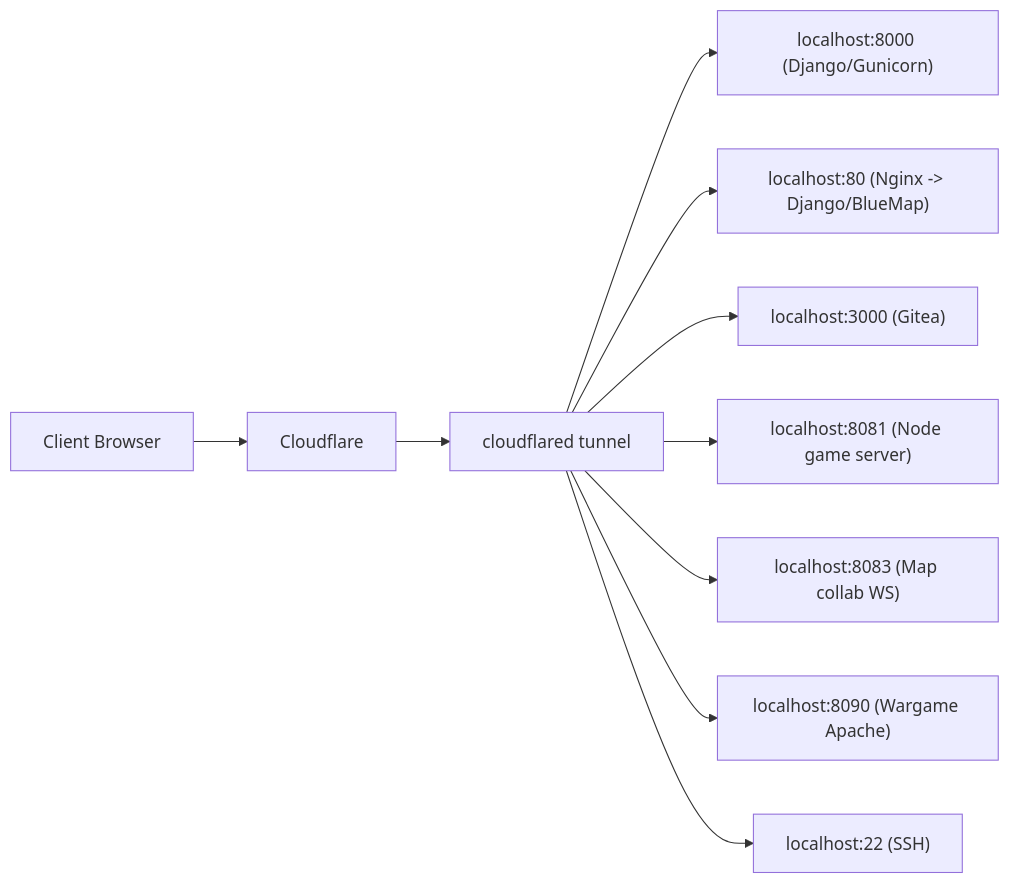
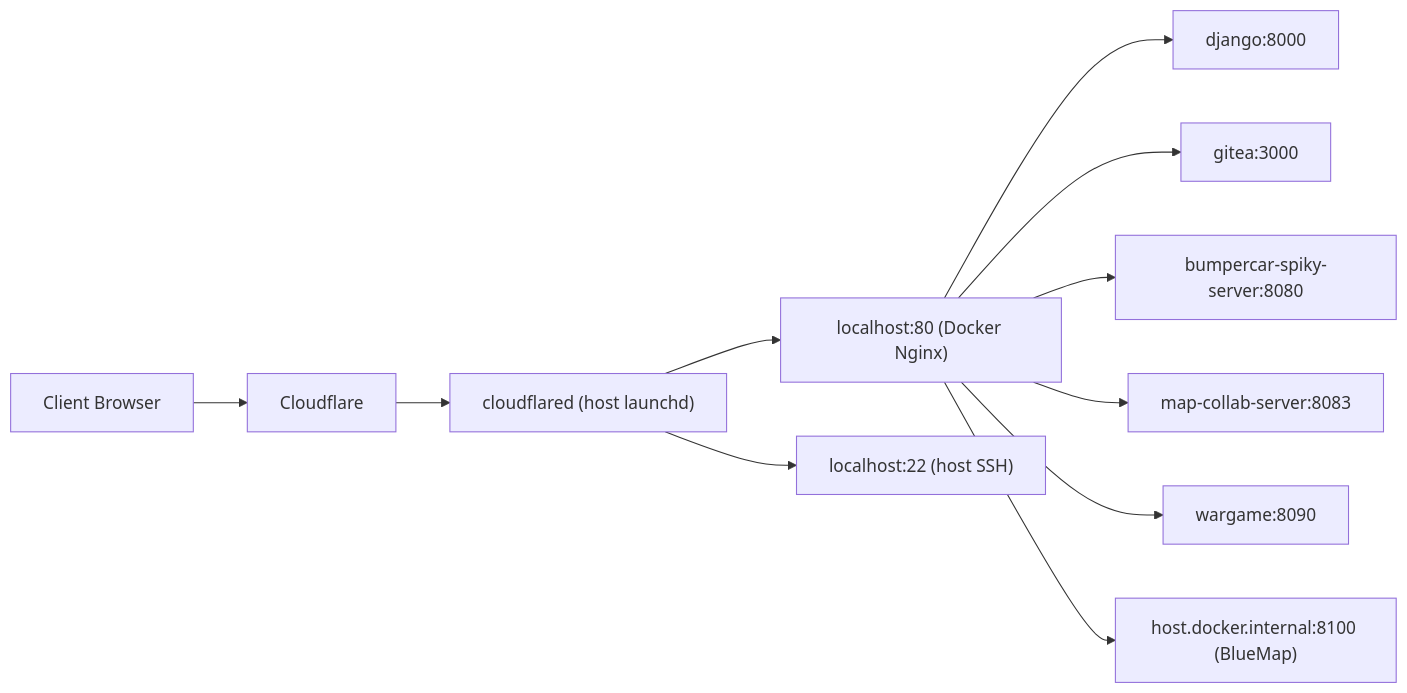
The first of 2 diagrams in README.md (Adihang/Hanplanet), drawn with Mermaid before and after one commit. The commit also changed other lines of this file and 50 other files, not shown here.

Commit message:
Refactor app flows and update UI state handling

````diff
--- a/README.md
+++ b/README.md
@@ -43,12 +43,13 @@
 ```mermaid
 flowchart LR
   U["Client Browser"] --> CF["Cloudflare"]
-  CF --> T["cloudflared tunnel"]
-  T --> WWW["localhost:8000 (Django/Gunicorn)"]
-  T --> MC["localhost:80 (Nginx -> Django/BlueMap)"]
-  T --> GIT["localhost:3000 (Gitea)"]
-  T --> GAME["localhost:8081 (Node game server)"]
-  T --> MAP["localhost:8083 (Map collab WS)"]
-  T --> WG["localhost:8090 (Wargame Apache)"]
-  T --> SSH["localhost:22 (SSH)"]
+  CF --> T["cloudflared (host launchd)"]
+  T --> N["localhost:80 (Docker Nginx)"]
+  T --> SSH["localhost:22 (host SSH)"]
+  N --> Django["django:8000"]
+  N --> Gitea["gitea:3000"]
+  N --> Game["bumpercar-spiky-server:8080"]
+  N --> Map["map-collab-server:8083"]
+  N --> Wargame["wargame:8090"]
+  N --> BlueMap["host.docker.internal:8100 (BlueMap)"]
 ```
````
